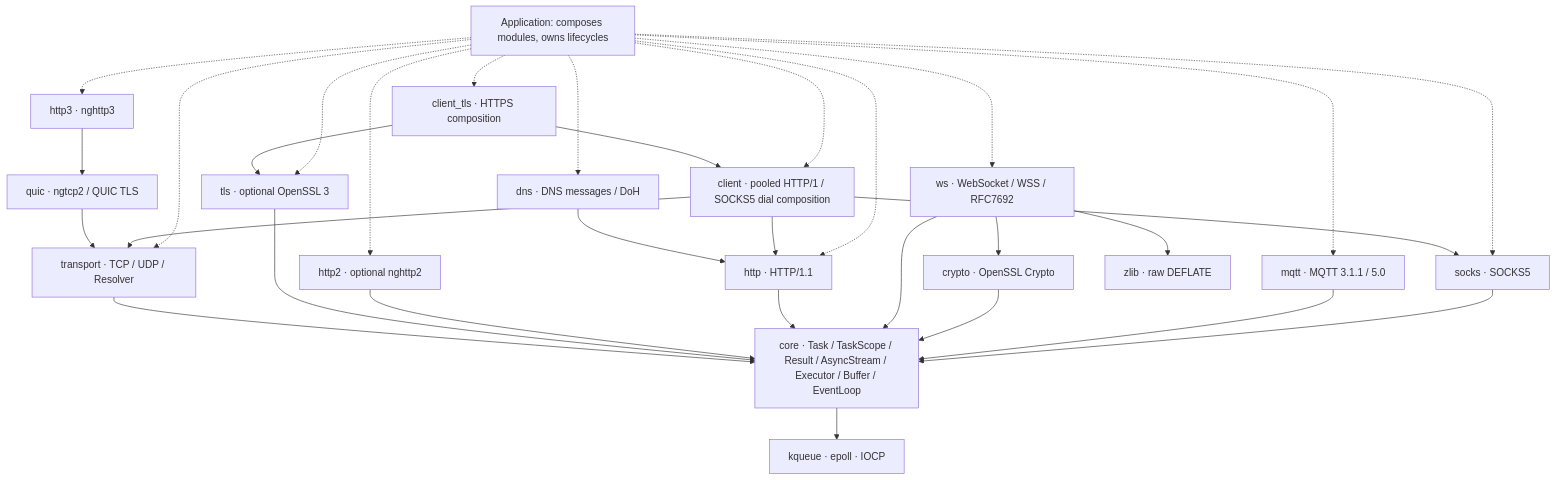
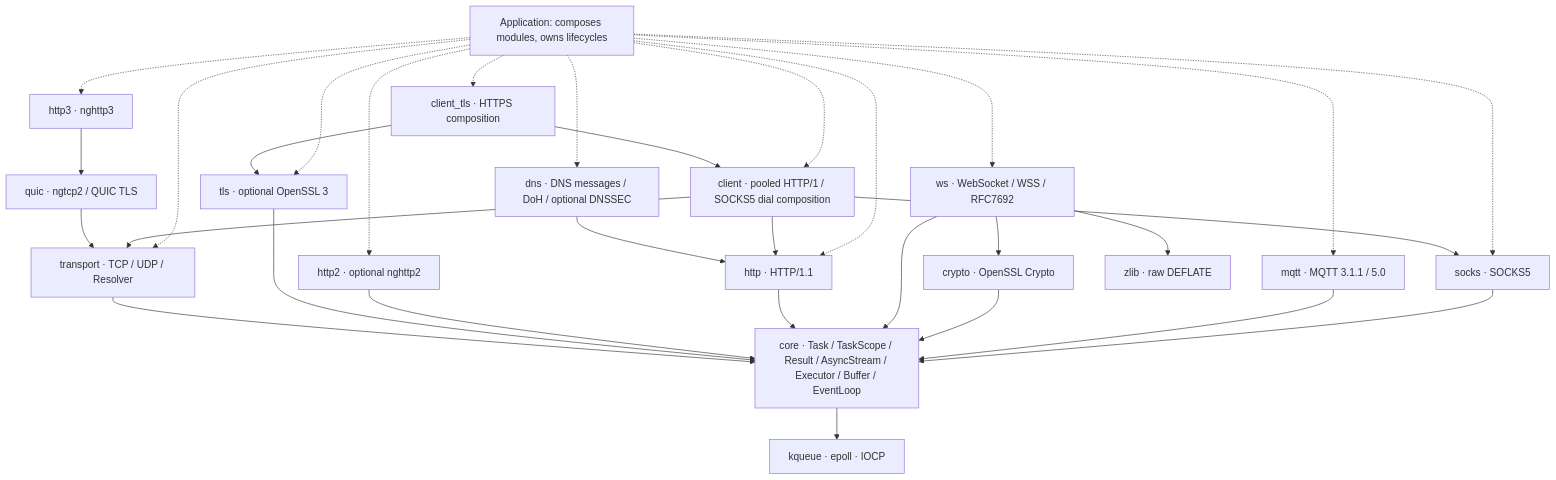
Before and after one commit to dqsjqian/Mira: the diagram in README.en.md, drawn with Mermaid. The commit also changed other lines of this file and 1 other file, not shown here.

````diff
--- a/README.en.md
+++ b/README.en.md
@@ -81,34 +81,34 @@
 ```mermaid
 flowchart TB
     App[Application: composes modules, owns lifecycles]
     App -.-> HTTP[http · HTTP/1.1]
     App -.-> TLS[tls · optional OpenSSL 3]
     App -.-> TCP[transport · TCP / UDP / Resolver]
     App -.-> H2[http2 · optional nghttp2]
     App -.-> H3[http3 · nghttp3]
     App -.-> WS[ws · WebSocket / WSS / RFC7692]
     App -.-> Client[client · pooled HTTP/1 / SOCKS5 dial composition]
     App -.-> ClientTLS[client_tls · HTTPS composition]
     App -.-> SOCKS[socks · SOCKS5]
-    App -.-> DNS[dns · DNS messages / DoH]
+    App -.-> DNS[dns · DNS messages / DoH / optional DNSSEC]
     App -.-> MQTT[mqtt · MQTT 3.1.1 / 5.0]
     Client --> HTTP
     Client --> SOCKS
     Client --> TCP
     SOCKS --> Core
     DNS --> HTTP
     MQTT --> Core
     ClientTLS --> Client
     ClientTLS --> TLS
     WS --> Crypto[crypto · OpenSSL Crypto]
     WS --> Zlib[zlib · raw DEFLATE]
     Crypto --> Core
     WS --> Core
     HTTP --> Core[core · Task / TaskScope / Result / AsyncStream / Executor / Buffer / EventLoop]
     H2 --> Core
     H3 --> QUIC[quic · ngtcp2 / QUIC TLS]
     QUIC --> TCP
     TLS --> Core
     TCP --> Core
     Core --> Backends[kqueue · epoll · IOCP]
 ```
````
